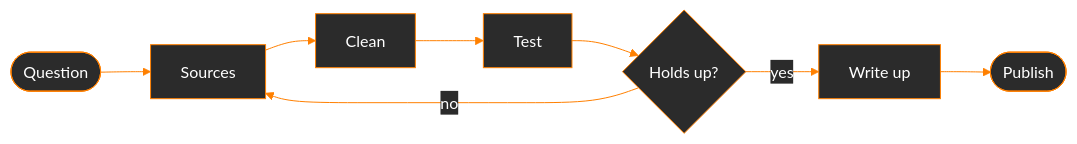
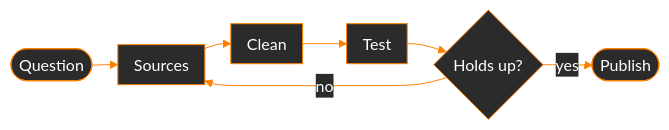
The diagram in README.md (t4zc4t/t4zc4t), drawn with Mermaid before and after one commit.

Commit message:
fit workflow chart

````diff
--- a/README.md
+++ b/README.md
@@ -50,11 +50,10 @@
 ```mermaid
-%%{init: {'theme':'base','themeVariables':{'primaryColor':'#2b2b2b','primaryTextColor':'#ffffff','primaryBorderColor':'#FF8000','lineColor':'#FF8000','secondaryColor':'#2b2b2b','tertiaryColor':'#2b2b2b','fontFamily':'Inter, sans-serif'}}}%%
+%%{init: {'theme':'base','flowchart':{'nodeSpacing':24,'rankSpacing':26,'padding':8},'themeVariables':{'primaryColor':'#2b2b2b','primaryTextColor':'#ffffff','primaryBorderColor':'#FF8000','lineColor':'#FF8000','secondaryColor':'#2b2b2b','tertiaryColor':'#2b2b2b','fontFamily':'Inter, sans-serif'}}}%%
 flowchart LR
     Q([Question]) --> S[Sources]
     S --> C[Clean]
     C --> T[Test]
     T --> V{Holds up?}
     V -- no --> S
-    V -- yes --> R[Write up]
-    R --> P([Publish])
+    V -- yes --> P([Publish])
 ```
````
